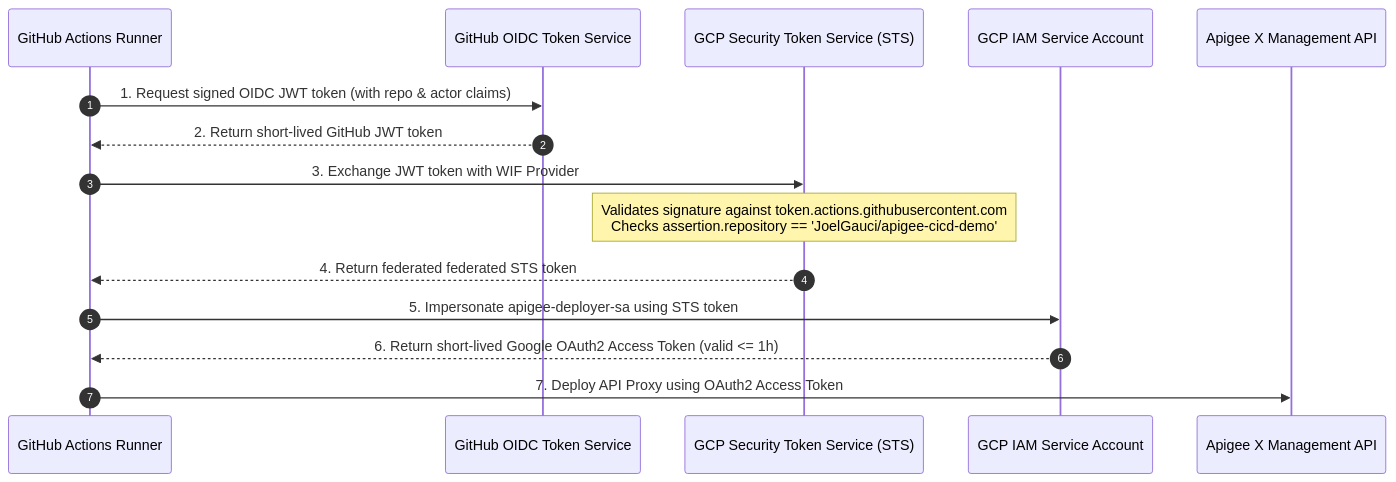
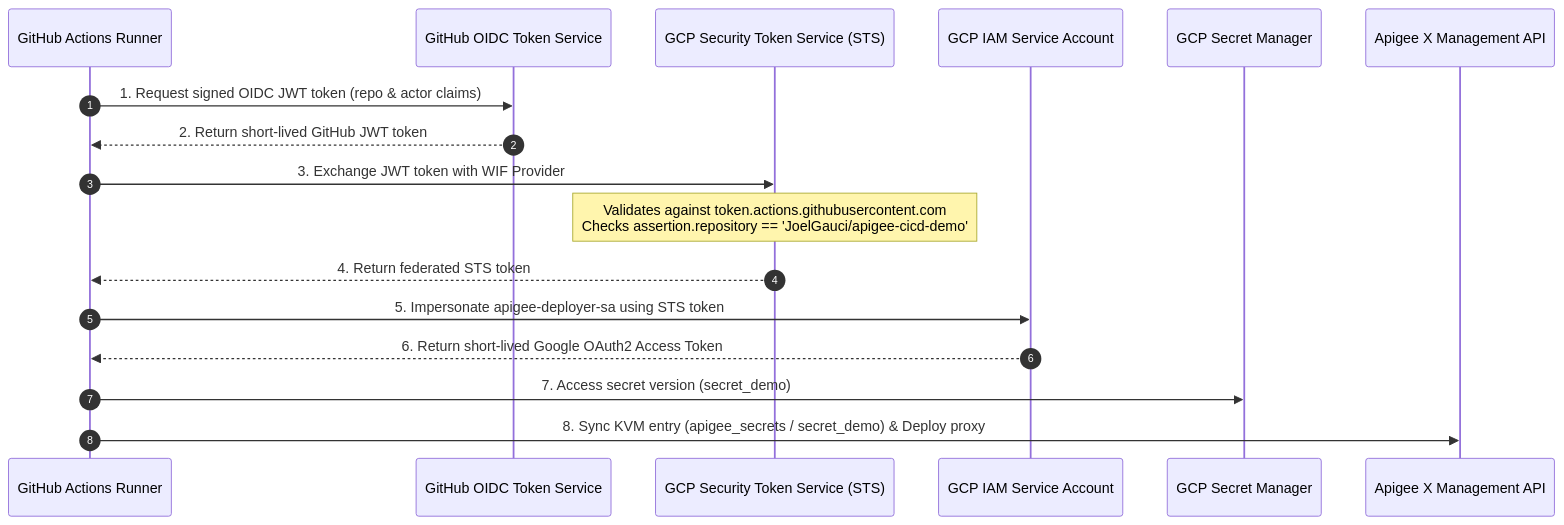
The second of 2 diagrams in README.md (JoelGauci/apigee-cicd-demo), drawn with Mermaid before and after one commit. The commit also changed other lines of this file and 2 other files, not shown here.

Commit message:
feat: add Secret Manager script and KVM synchronization to CI/CD pipeline

````diff
--- a/README.md
+++ b/README.md
@@ -73,18 +78,20 @@
 ```mermaid
 sequenceDiagram
     autonumber
     participant GHA as GitHub Actions Runner
     participant GHOIDC as GitHub OIDC Token Service
     participant GCPSTS as GCP Security Token Service (STS)
     participant GCPIAM as GCP IAM Service Account
+    participant GSM as GCP Secret Manager
     participant Apigee as Apigee X Management API
 
-    GHA->>GHOIDC: 1. Request signed OIDC JWT token (with repo & actor claims)
+    GHA->>GHOIDC: 1. Request signed OIDC JWT token (repo & actor claims)
     GHOIDC-->>GHA: 2. Return short-lived GitHub JWT token
     GHA->>GCPSTS: 3. Exchange JWT token with WIF Provider
-    Note over GCPSTS: Validates signature against token.actions.githubusercontent.com<br/>Checks assertion.repository == 'JoelGauci/apigee-cicd-demo'
-    GCPSTS-->>GHA: 4. Return federated federated STS token
+    Note over GCPSTS: Validates against token.actions.githubusercontent.com<br/>Checks assertion.repository == 'JoelGauci/apigee-cicd-demo'
+    GCPSTS-->>GHA: 4. Return federated STS token
     GHA->>GCPIAM: 5. Impersonate apigee-deployer-sa using STS token
-    GCPIAM-->>GHA: 6. Return short-lived Google OAuth2 Access Token (valid <= 1h)
-    GHA->>Apigee: 7. Deploy API Proxy using OAuth2 Access Token
+    GCPIAM-->>GHA: 6. Return short-lived Google OAuth2 Access Token
+    GHA->>GSM: 7. Access secret version (secret_demo)
+    GHA->>Apigee: 8. Sync KVM entry (apigee_secrets / secret_demo) & Deploy proxy
 ```
````
